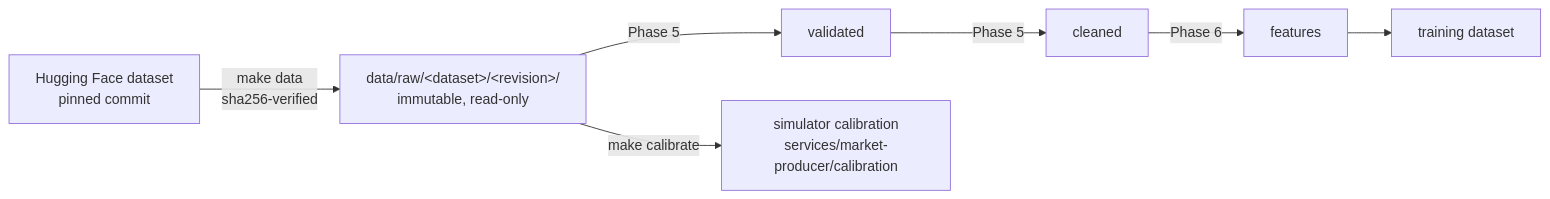
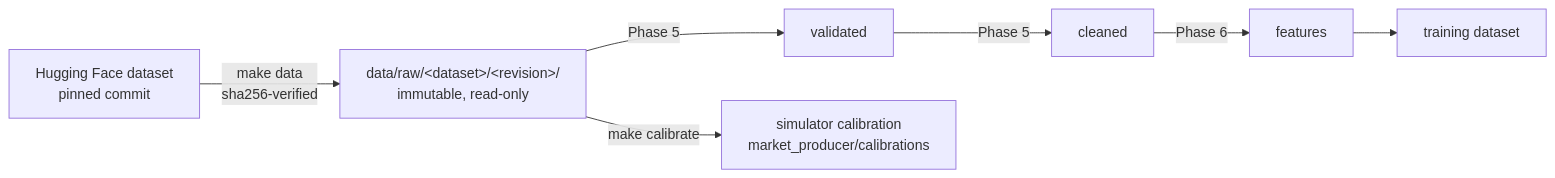
The diagram in docs/DATA_PIPELINE.md (lemon-2-ade/stockintel), drawn with Mermaid before and after one commit. The commit also changed other lines of this file and 13 other files, not shown here.

First line of the commit message:
feat: implement configurable market data simulator

````diff
--- a/docs/DATA_PIPELINE.md
+++ b/docs/DATA_PIPELINE.md
@@ -3,9 +3,9 @@
 ```mermaid
 flowchart LR
     SRC[Hugging Face dataset<br/>pinned commit] -->|make data<br/>sha256-verified| RAW[data/raw/&lt;dataset&gt;/&lt;revision&gt;/<br/>immutable, read-only]
     RAW -->|Phase 5| VAL[validated]
     VAL -->|Phase 5| CLEAN[cleaned]
     CLEAN -->|Phase 6| FEAT[features]
     FEAT --> TRAIN[training dataset]
-    RAW -->|make calibrate| CAL[simulator calibration<br/>services/market-producer/calibration]
+    RAW -->|make calibrate| CAL[simulator calibration<br/>market_producer/calibrations]
 ```
````
